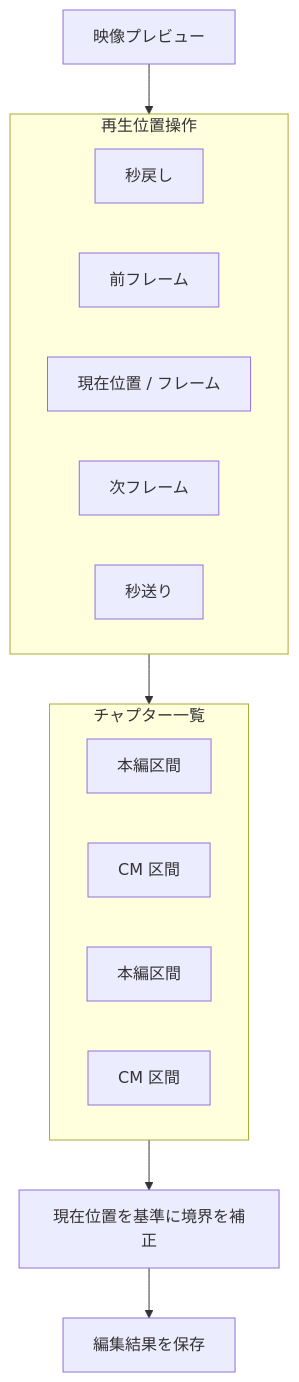
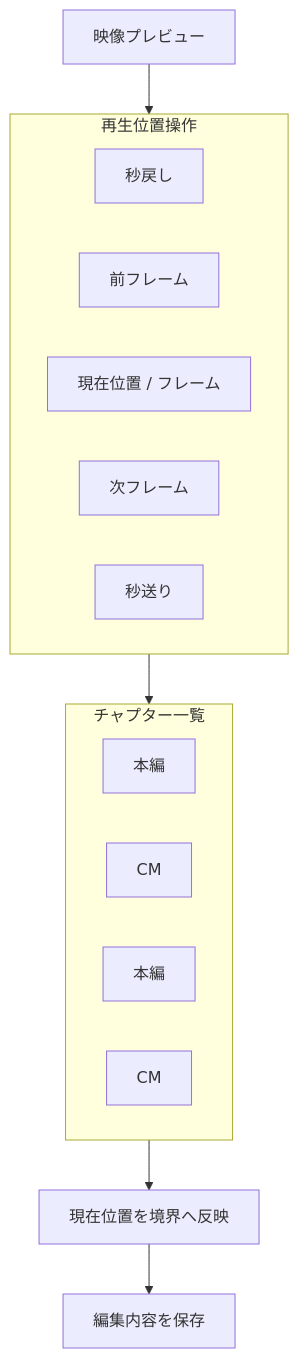
The third of 6 diagrams in README.md (rucola-salad/docker-mirakurun-epgstation), drawn with Mermaid before and after one commit. The commit also changed other lines of this file, not shown here.

````diff
--- a/README.md
+++ b/README.md
@@ -233,23 +249,23 @@
 ```mermaid
 flowchart TB
     VIDEO[映像プレビュー]
     subgraph SEEK[再生位置操作]
         BACK[秒戻し]
         PREV[前フレーム]
         POS[現在位置 / フレーム]
         NEXT[次フレーム]
         FWD[秒送り]
     end
-    subgraph LIST[チャプター一覧]
-        C1[本編区間]
-        C2[CM 区間]
-        C3[本編区間]
-        C4[CM 区間]
+    subgraph CHAPTERS[チャプター一覧]
+        C1[本編]
+        C2[CM]
+        C3[本編]
+        C4[CM]
     end
-    EDIT[現在位置を基準に境界を補正]
-    SAVE[編集結果を保存]
+    SET[現在位置を境界へ反映]
+    SAVE[編集内容を保存]
     VIDEO --> SEEK
-    SEEK --> LIST
-    LIST --> EDIT
-    EDIT --> SAVE
+    SEEK --> CHAPTERS
+    CHAPTERS --> SET
+    SET --> SAVE
 ```
````
